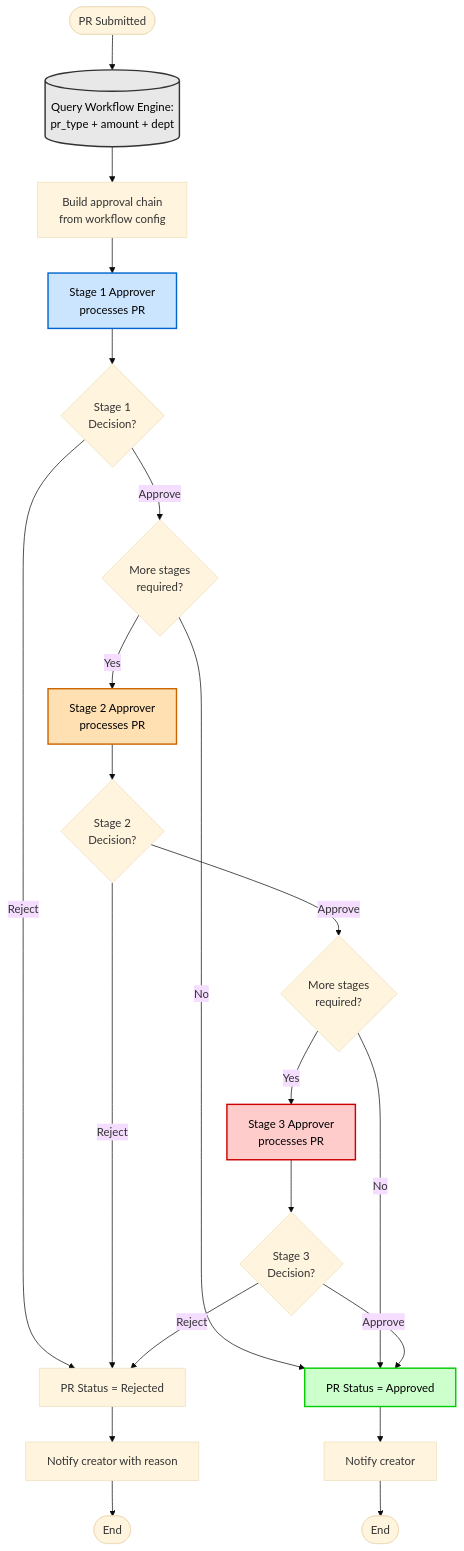
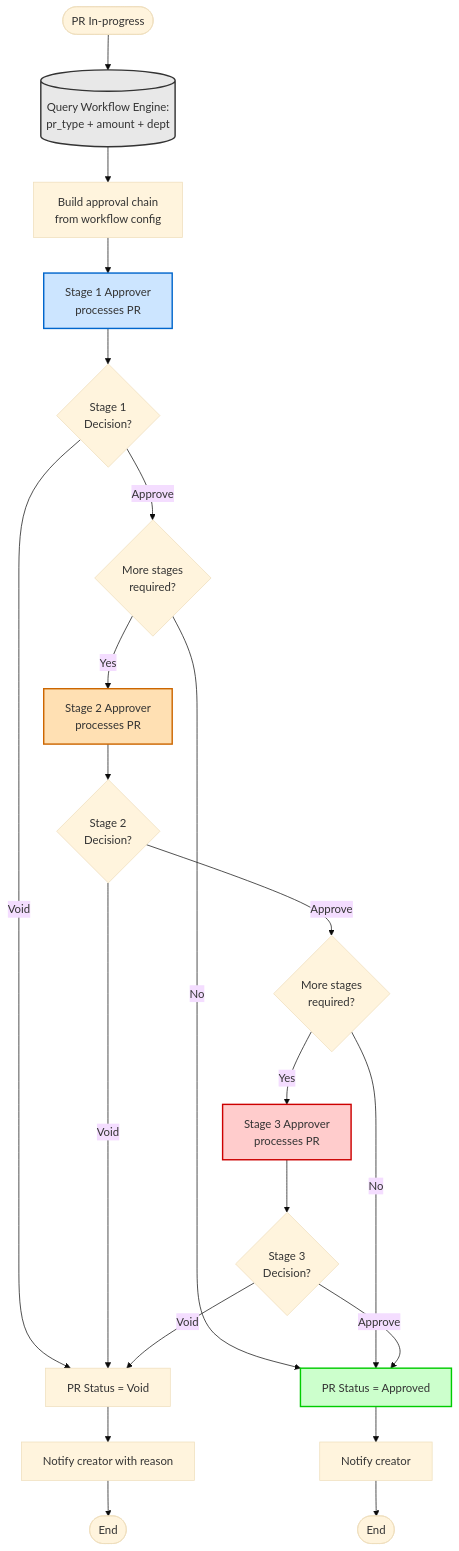
Diagram 16 of 30 in docs/app/procurement/purchase-requests/FD-purchase-requests.md (CarmenSoftware-organization/carmen), drawn with Mermaid (base theme) before and after one commit. The commit also changed other lines of this file and 1788 other files, not shown here.

````diff
--- a/docs/app/procurement/purchase-requests/FD-purchase-requests.md
+++ b/docs/app/procurement/purchase-requests/FD-purchase-requests.md
@@ -694,35 +741,35 @@
 ```mermaid
 flowchart TD
-    Start([PR Submitted]) --> GetRules[(Query Workflow Engine:<br/>pr_type + amount + dept)]
+    Start([PR In-progress]) --> GetRules[(Query Workflow Engine:<br/>pr_type + amount + dept)]
     GetRules --> BuildChain[Build approval chain<br/>from workflow config]
     BuildChain --> Stage1[Stage 1 Approver<br/>processes PR]
 
     Stage1 --> Decision1{Stage 1<br/>Decision?}
-    Decision1 -->|Reject| Rejected[PR Status = Rejected]
-    Rejected --> NotifyCreator1[Notify creator with reason]
+    Decision1 -->|Void| Voided[PR Status = Void]
+    Voided --> NotifyCreator1[Notify creator with reason]
     NotifyCreator1 --> End1([End])
 
     Decision1 -->|Approve| CheckMore{More stages<br/>required?}
 
     CheckMore -->|No| Approved[PR Status = Approved]
     Approved --> NotifyCreator2[Notify creator]
     NotifyCreator2 --> End2([End])
 
     CheckMore -->|Yes| Stage2[Stage 2 Approver<br/>processes PR]
     Stage2 --> Decision2{Stage 2<br/>Decision?}
-    Decision2 -->|Reject| Rejected
+    Decision2 -->|Void| Voided
     Decision2 -->|Approve| CheckMore2{More stages<br/>required?}
 
     CheckMore2 -->|No| Approved
     CheckMore2 -->|Yes| Stage3[Stage 3 Approver<br/>processes PR]
 
     Stage3 --> Decision3{Stage 3<br/>Decision?}
-    Decision3 -->|Reject| Rejected
+    Decision3 -->|Void| Voided
     Decision3 -->|Approve| Approved
 
-    style Stage1 fill:#cce5ff,stroke:#0066cc,stroke-width:2px,color:#000
-    style Stage2 fill:#ffe0b3,stroke:#cc6600,stroke-width:2px,color:#000
-    style Stage3 fill:#ffcccc,stroke:#cc0000,stroke-width:2px,color:#000
-    style GetRules fill:#e8e8e8,stroke:#333,stroke-width:2px,color:#000
-    style Approved fill:#ccffcc,stroke:#00cc00,stroke-width:2px,color:#000
+    style Stage1 fill:#cce5ff,stroke:#0066cc,stroke-width:2px
+    style Stage2 fill:#ffe0b3,stroke:#cc6600,stroke-width:2px
+    style Stage3 fill:#ffcccc,stroke:#cc0000,stroke-width:2px
+    style GetRules fill:#e8e8e8,stroke:#333,stroke-width:2px
+    style Approved fill:#ccffcc,stroke:#00cc00,stroke-width:2px
 ```
````
